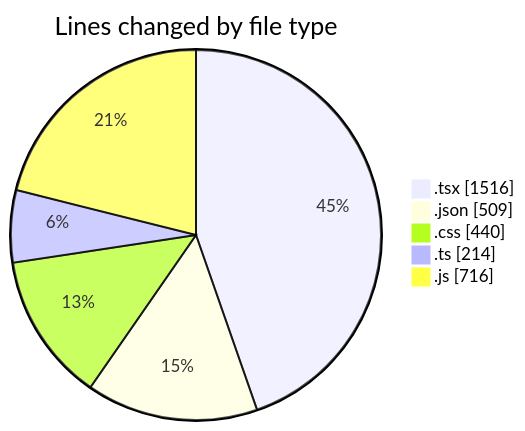
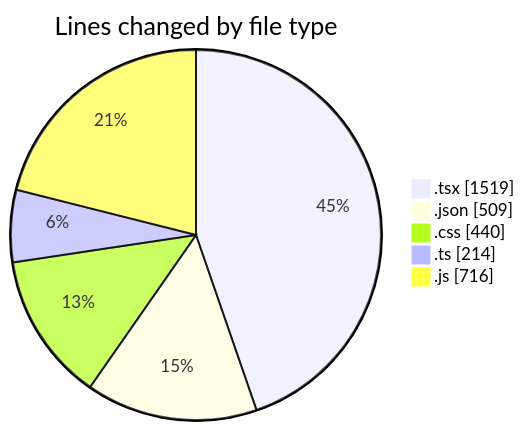
The first of 2 diagrams in 2025-05-04/niten/README.md (Elitesun/code-tracking), drawn with Mermaid before and after one commit. The commit also changed other lines of this file and 1 other file, not shown here.

````diff
--- a/2025-05-04/niten/README.md
+++ b/2025-05-04/niten/README.md
@@ -50,9 +50,9 @@
 ```mermaid
 pie showData
 title Lines changed by file type
-".tsx" : 1516
+".tsx" : 1519
 ".json" : 509
 ".css" : 440
 ".ts" : 214
 ".js" : 716
 ```
````
